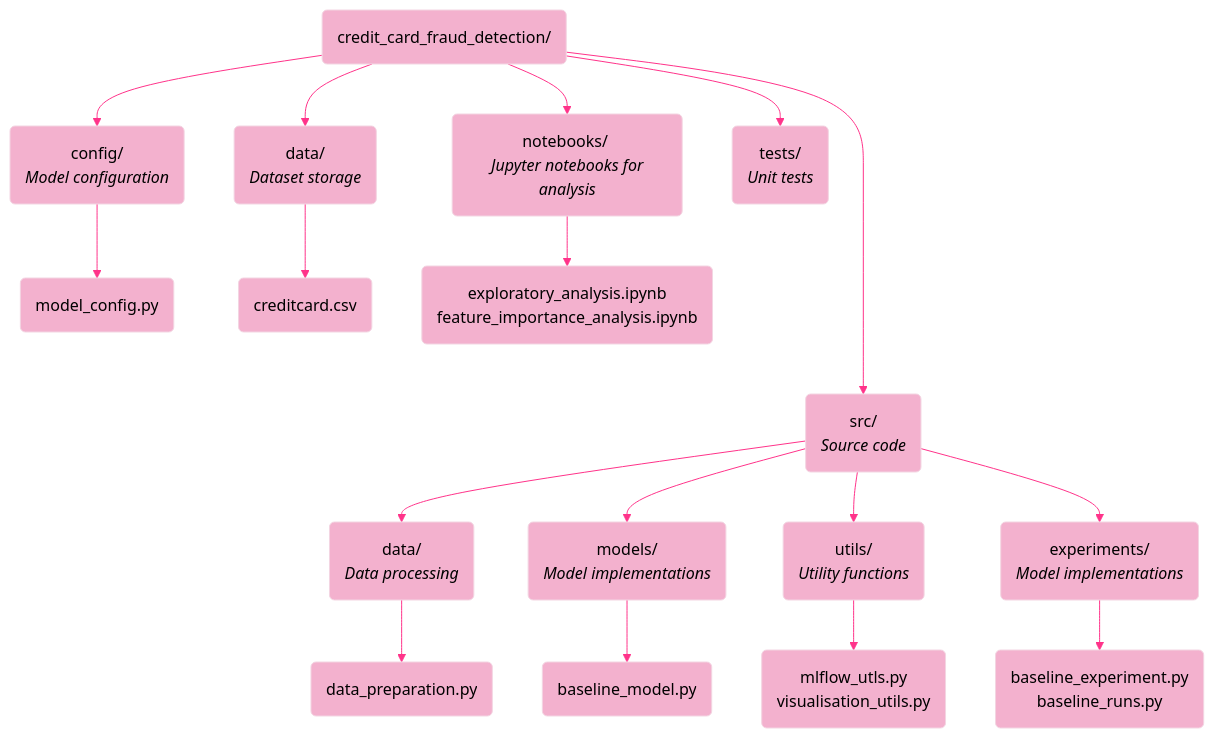
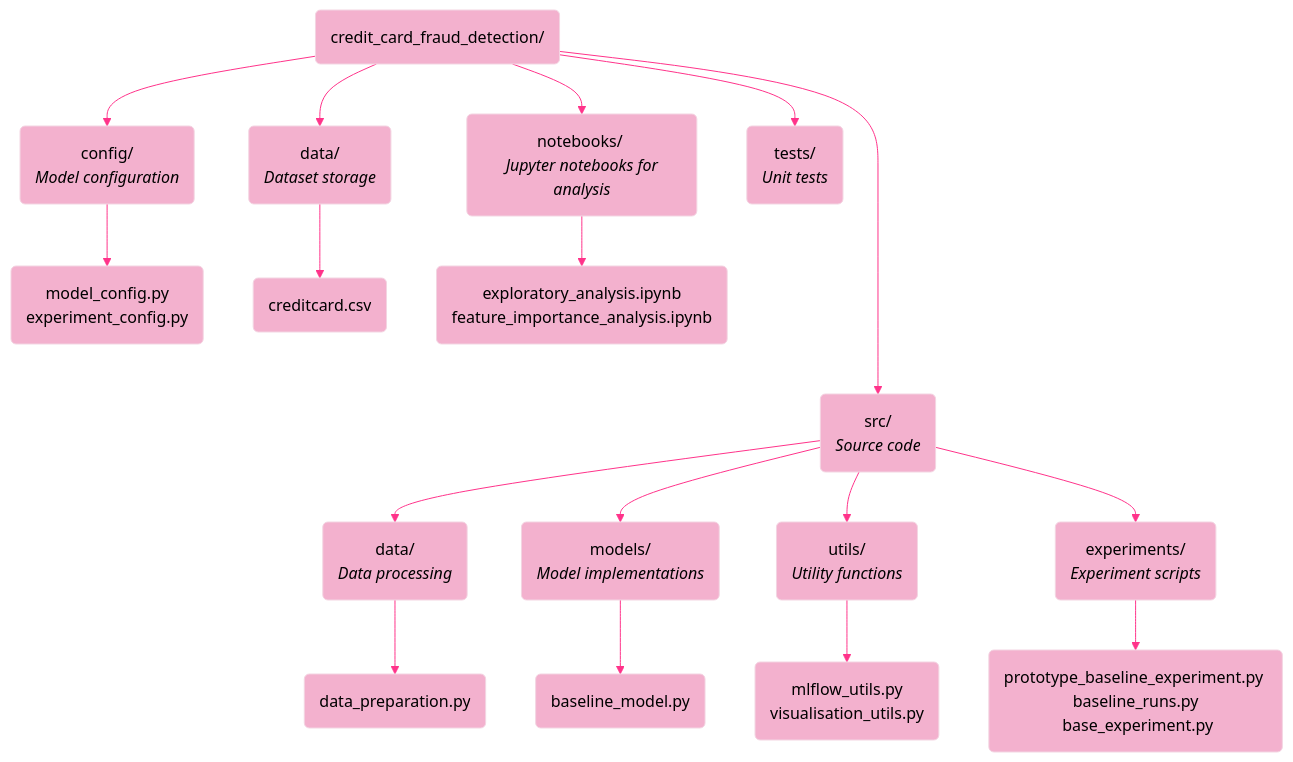
One commit to lenevdm/credit_card_fraud_detection changed the diagram in documentation/documentation.md. Above: the diagram before and after it, drawn with Mermaid.

Commit message:
Update to project structure diagram

````diff
--- a/documentation/documentation.md
+++ b/documentation/documentation.md
@@ -7,36 +7,36 @@
 ```mermaid
 %%{
   init: {
     'theme': 'base',
     'themeVariables': {
       'primaryColor': '#f3b1ce',
       'primaryTextColor': '#000000',
       'primaryBorderColor': '#f3d5e2',
       'lineColor': '#ff338a',
       'secondaryColor': '#006100',
       'tertiaryColor': '#fff',
       'fontFamily': 'Ariel, sans-serif"
     }
   }
 }%%
 graph TD
     A(credit_card_fraud_detection/) 
     A --> B(config/ <br> <i>Model configuration</i>)
-    B --> J(model_config.py)
+    B --> J(model_config.py <br> experiment_config.py)
     A --> C(data/ <br> <i>Dataset storage</i>)
     C --> I(creditcard.csv)
     A --> D(notebooks/ <br> <i>Jupyter notebooks for analysis</i>)
     D --> H(exploratory_analysis.ipynb<br>feature_importance_analysis.ipynb)
     A ----> E(src/ <br> <i>Source code</i>)
     E --> E1(data/ <br> <i>Data processing</i>)
     E --> E2(models/ <br> <i>Model implementations</i>)
     E --> E3(utils/ <br> <i>Utility functions</i>)
-    E --> E4(experiments/ <br> <i>Model implementations</i>)
+    E --> E4(experiments/ <br> <i>Experiment scripts</i>)
     A --> F(tests/ <br> <i>Unit tests</i>)
     E1 --> G1(data_preparation.py)
     E2 --> G2(baseline_model.py)
-    E3 --> G3(mlflow_utls.py <br> visualisation_utils.py)
-    E4 --> G4(baseline_experiment.py <br> baseline_runs.py)
+    E3 --> G3(mlflow_utils.py <br> visualisation_utils.py)
+    E4 --> G4(prototype_baseline_experiment.py <br> baseline_runs.py <br> base_experiment.py)
 
 
 ```
````
